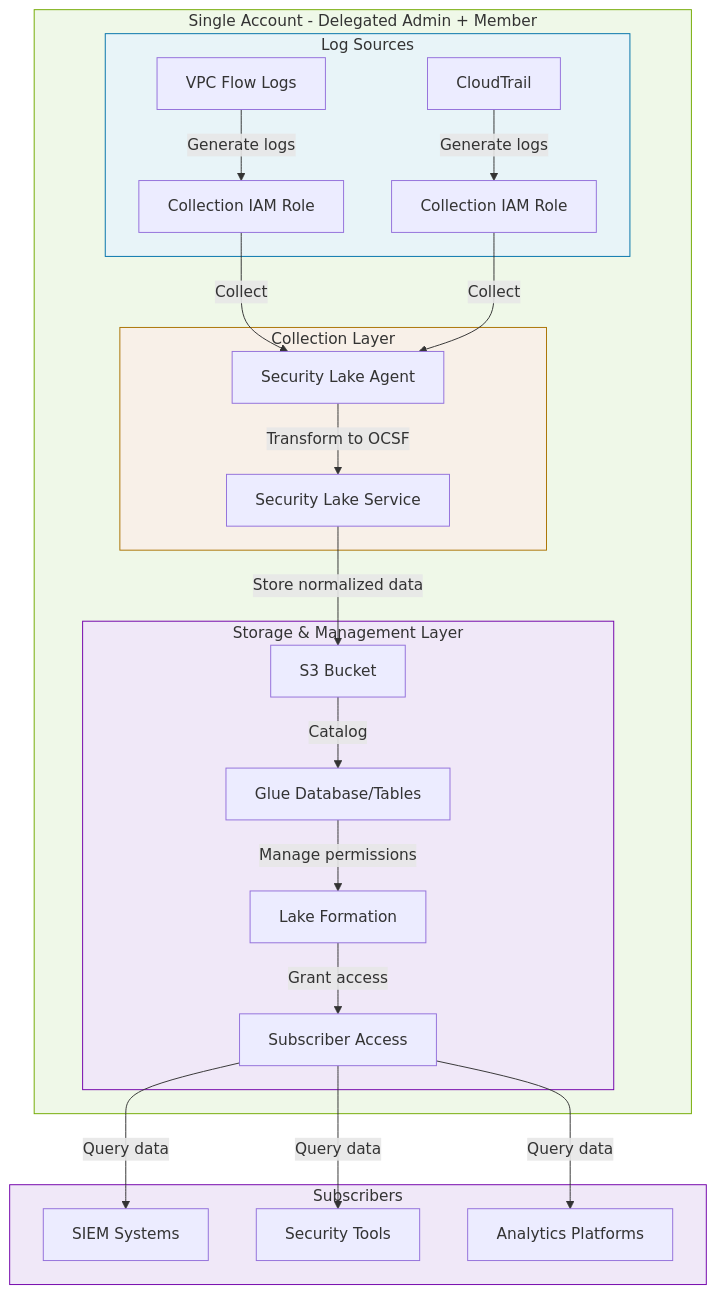
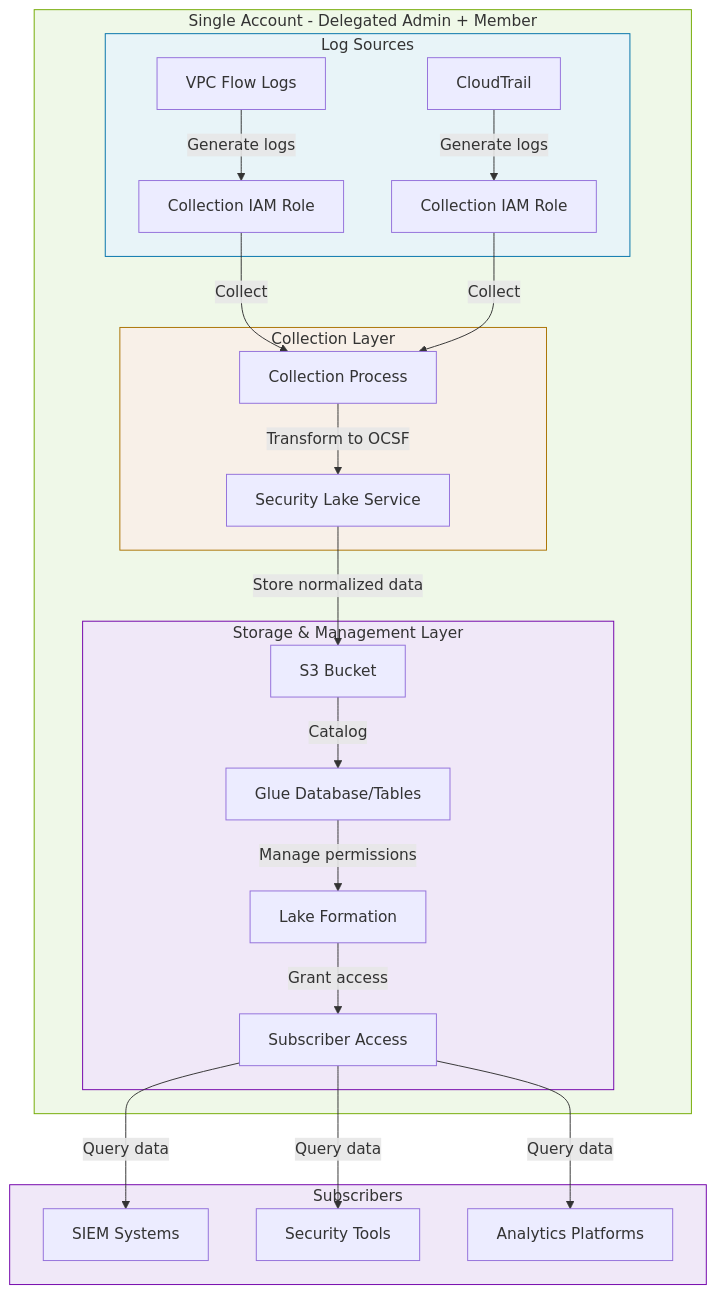
Before and after one commit to hugger-beep/slake: the second of 2 diagrams in README.md, drawn with Mermaid. The commit also changed other lines of this file, not shown here.

````diff
--- a/README.md
+++ b/README.md
@@ -178,44 +178,44 @@
 ```mermaid
 flowchart TB
     subgraph SingleAccount[Single Account - Delegated Admin + Member]
         subgraph LogSources[Log Sources]
             VPC[VPC Flow Logs] -->|Generate logs| VPCRole[Collection IAM Role]
             CT[CloudTrail] -->|Generate logs| CTRole[Collection IAM Role]
         end
         
         subgraph CollectionLayer[Collection Layer]
-            VPCRole -->|Collect| SLAgent[Security Lake Agent]
-            CTRole -->|Collect| SLAgent
-            SLAgent -->|Transform to OCSF| SLService[Security Lake Service]
+            VPCRole -->|Collect| SLProcess[Collection Process]
+            CTRole -->|Collect| SLProcess
+            SLProcess -->|Transform to OCSF| SLService[Security Lake Service]
         end
         
         subgraph StorageLayer[Storage & Management Layer]
             SLService -->|Store normalized data| SLS3[S3 Bucket]
             SLS3 -->|Catalog| SLGlue[Glue Database/Tables]
             SLGlue -->|Manage permissions| SLLF[Lake Formation]
             SLLF -->|Grant access| SLSub[Subscriber Access]
         end
     end
     
     subgraph Subscribers[Subscribers]
         SIEM[SIEM Systems]
         SecTools[Security Tools]
         Analytics[Analytics Platforms]
     end
     
     SLSub -->|Query data| SIEM
     SLSub -->|Query data| SecTools
     SLSub -->|Query data| Analytics
     
     classDef singleClass fill:#EFF8E8,stroke:#72AA00
     classDef subscriberClass fill:#F0E8F8,stroke:#7200AA
     classDef logClass fill:#E8F4F8,stroke:#0072AA
     classDef collectionClass fill:#F8F0E8,stroke:#AA7200
     classDef storageClass fill:#F0E8F8,stroke:#7200AA
     
     class SingleAccount singleClass
     class Subscribers subscriberClass
     class LogSources logClass
     class CollectionLayer collectionClass
     class StorageLayer storageClass
 ```
````
